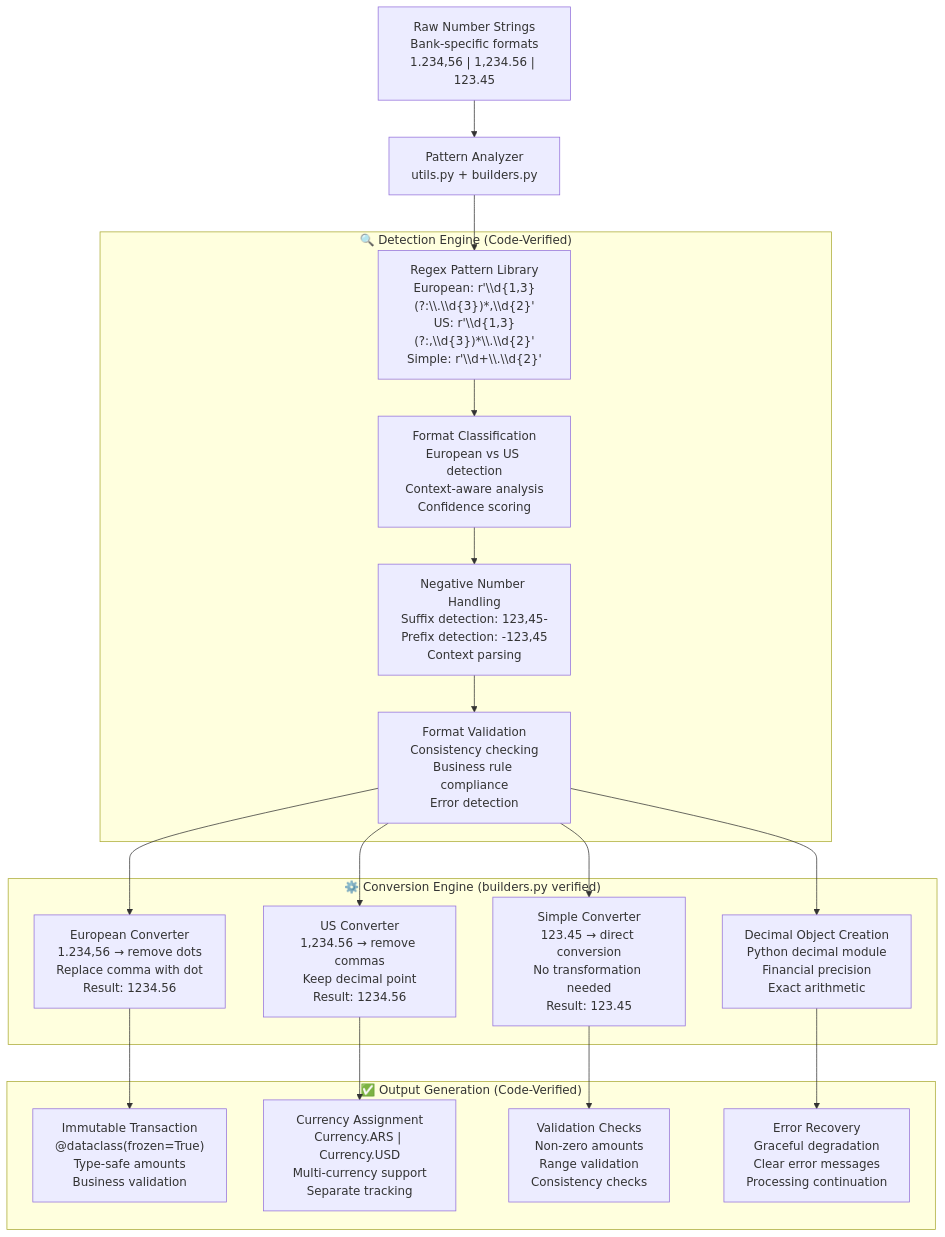
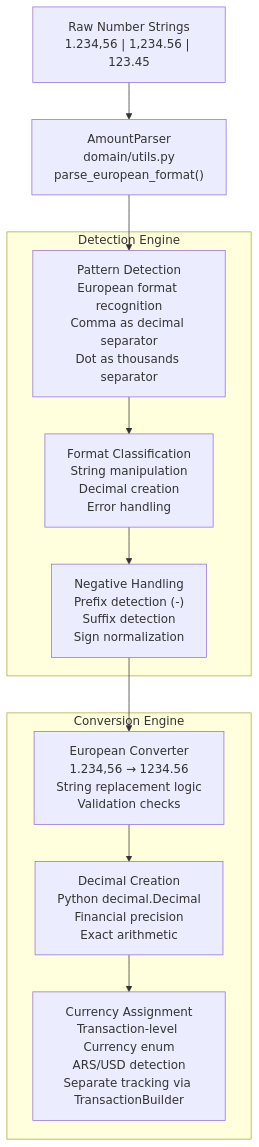
Before and after one commit to EduuardoPerez/financial-statement-processor: the eighth of 9 diagrams in memory-bank/systemPatterns.md, drawn with Mermaid. The commit also changed other lines of this file and 6 other files, not shown here.

````diff
--- a/memory-bank/systemPatterns.md
+++ b/memory-bank/systemPatterns.md
@@ -276,49 +212,28 @@
 ```mermaid
 flowchart TD
-    RAW_INPUT["Raw Number Strings<br/>Bank-specific formats<br/>1.234,56 | 1,234.56 | 123.45"] --> PATTERN_ANALYZER["Pattern Analyzer<br/>utils.py + builders.py"]
+    RAW_INPUT["Raw Number Strings<br/>1.234,56 | 1,234.56 | 123.45"] --> PATTERN_ANALYZER["AmountParser<br/>domain/utils.py<br/>parse_european_format()"]
 
-    subgraph "🔍 Detection Engine (Code-Verified)"
-        REGEX_PATTERNS["Regex Pattern Library<br/>European: r'\\d{1,3}(?:\\.\\d{3})*,\\d{2}'<br/>US: r'\\d{1,3}(?:,\\d{3})*\\.\\d{2}'<br/>Simple: r'\\d+\\.\\d{2}'"]
+    subgraph "Detection Engine"
+        REGEX_PATTERNS["Pattern Detection<br/>European format recognition<br/>Comma as decimal separator<br/>Dot as thousands separator"]
 
-        FORMAT_CLASSIFIER["Format Classification<br/>European vs US detection<br/>Context-aware analysis<br/>Confidence scoring"]
+        FORMAT_CLASSIFIER["Format Classification<br/>String manipulation<br/>Decimal creation<br/>Error handling"]
 
-        NEGATIVE_HANDLER["Negative Number Handling<br/>Suffix detection: 123,45-<br/>Prefix detection: -123,45<br/>Context parsing"]
-
-        VALIDATION_RULES["Format Validation<br/>Consistency checking<br/>Business rule compliance<br/>Error detection"]
+        NEGATIVE_HANDLER["Negative Handling<br/>Prefix detection (-)<br/>Suffix detection<br/>Sign normalization"]
     end
 
-    subgraph "⚙️ Conversion Engine (builders.py verified)"
-        EUROPEAN_CONVERTER["European Converter<br/>1.234,56 → remove dots<br/>Replace comma with dot<br/>Result: 1234.56"]
+    subgraph "Conversion Engine"
+        EUROPEAN_CONVERTER["European Converter<br/>1.234,56 → 1234.56<br/>String replacement logic<br/>Validation checks"]
 
-        US_CONVERTER["US Converter<br/>1,234.56 → remove commas<br/>Keep decimal point<br/>Result: 1234.56"]
+        DECIMAL_HANDLER["Decimal Creation<br/>Python decimal.Decimal<br/>Financial precision<br/>Exact arithmetic"]
 
-        SIMPLE_CONVERTER["Simple Converter<br/>123.45 → direct conversion<br/>No transformation needed<br/>Result: 123.45"]
-
-        DECIMAL_HANDLER["Decimal Object Creation<br/>Python decimal module<br/>Financial precision<br/>Exact arithmetic"]
-    end
-
-    subgraph "✅ Output Generation (Code-Verified)"
-        IMMUTABLE_TRANSACTION["Immutable Transaction<br/>@dataclass(frozen=True)<br/>Type-safe amounts<br/>Business validation"]
-
-        CURRENCY_ASSIGNMENT["Currency Assignment<br/>Currency.ARS | Currency.USD<br/>Multi-currency support<br/>Separate tracking"]
-
-        VALIDATION_CHECKS["Validation Checks<br/>Non-zero amounts<br/>Range validation<br/>Consistency checks"]
-
-        ERROR_RECOVERY["Error Recovery<br/>Graceful degradation<br/>Clear error messages<br/>Processing continuation"]
+        CURRENCY_ASSIGNMENT["Currency Assignment<br/>Transaction-level Currency enum<br/>ARS/USD detection<br/>Separate tracking via TransactionBuilder"]
     end
 
     PATTERN_ANALYZER --> REGEX_PATTERNS
     REGEX_PATTERNS --> FORMAT_CLASSIFIER
     FORMAT_CLASSIFIER --> NEGATIVE_HANDLER
-    NEGATIVE_HANDLER --> VALIDATION_RULES
 
-    VALIDATION_RULES --> EUROPEAN_CONVERTER
-    VALIDATION_RULES --> US_CONVERTER
-    VALIDATION_RULES --> SIMPLE_CONVERTER
-    VALIDATION_RULES --> DECIMAL_HANDLER
-
-    EUROPEAN_CONVERTER --> IMMUTABLE_TRANSACTION
-    US_CONVERTER --> CURRENCY_ASSIGNMENT
-    SIMPLE_CONVERTER --> VALIDATION_CHECKS
-    DECIMAL_HANDLER --> ERROR_RECOVERY
+    NEGATIVE_HANDLER --> EUROPEAN_CONVERTER
+    EUROPEAN_CONVERTER --> DECIMAL_HANDLER
+    DECIMAL_HANDLER --> CURRENCY_ASSIGNMENT
 ```
````
